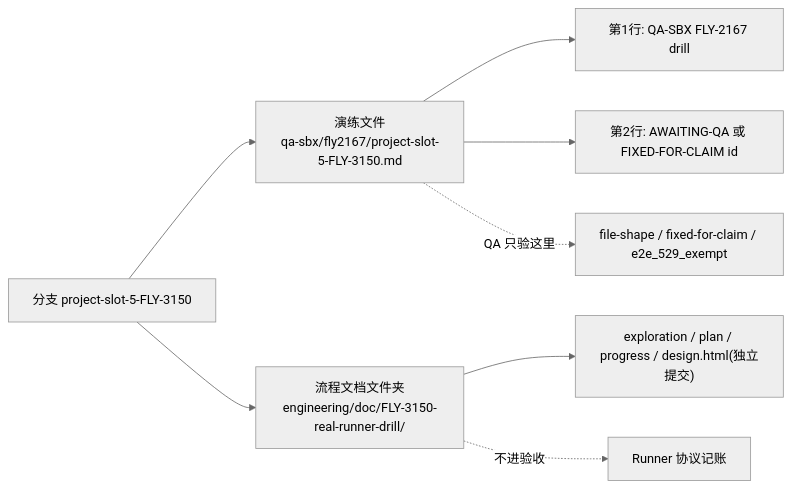
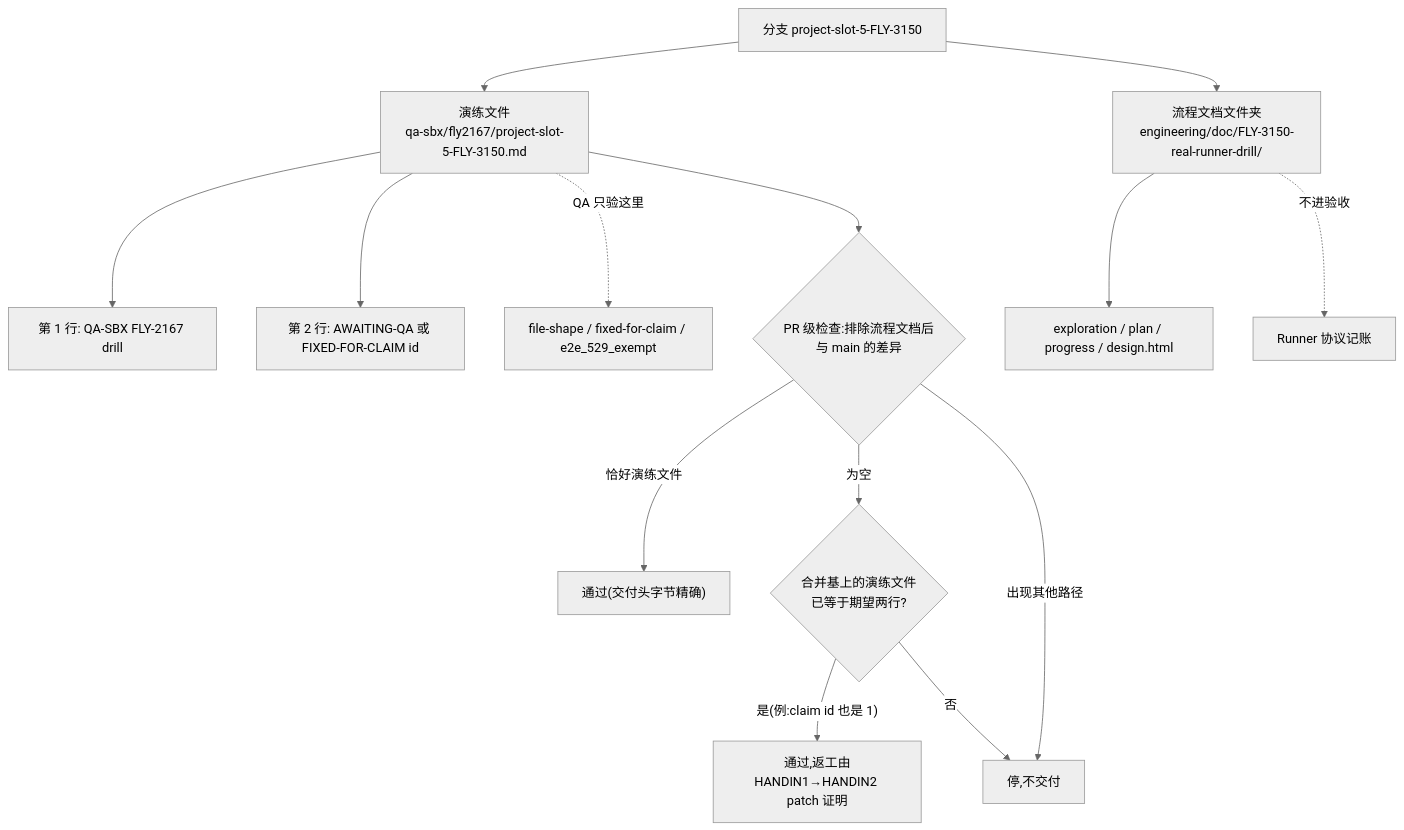
The diagram in engineering/doc/FLY-3150-real-runner-drill/d2-data-model.mmd (xrliAnnie/flywheel-qa-sandbox), drawn with Mermaid (neutral theme) before and after one commit. The commit also changed 4 other files, not shown here.

Commit message:
docs(qa-sbx): FLY-3150 founder design HTML for run 417f5fe4

```diff
--- a/engineering/doc/FLY-3150-real-runner-drill/d2-data-model.mmd
+++ b/engineering/doc/FLY-3150-real-runner-drill/d2-data-model.mmd
@@ -1,8 +1,14 @@
-flowchart LR
+flowchart TD
     B["分支 project-slot-5-FLY-3150"] --> T["演练文件<br/>qa-sbx/fly2167/project-slot-5-FLY-3150.md"]
     B --> P["流程文档文件夹<br/>engineering/doc/FLY-3150-real-runner-drill/"]
-    T --> L1["第1行: QA-SBX FLY-2167 drill"]
-    T --> L2["第2行: AWAITING-QA 或 FIXED-FOR-CLAIM id"]
-    P --> X["exploration / plan / progress / design.html(独立提交)"]
+    T --> L1["第 1 行: QA-SBX FLY-2167 drill"]
+    T --> L2["第 2 行: AWAITING-QA 或 FIXED-FOR-CLAIM id"]
+    P --> X["exploration / plan / progress / design.html"]
     T -. "QA 只验这里" .-> C["file-shape / fixed-for-claim / e2e_529_exempt"]
     P -. "不进验收" .-> N["Runner 协议记账"]
+    T --> A{"PR 级检查:排除流程文档后<br/>与 main 的差异"}
+    A -- "恰好演练文件" --> OK1["通过(交付头字节精确)"]
+    A -- "为空" --> E{"合并基上的演练文件<br/>已等于期望两行?"}
+    E -- "是(例:claim id 也是 1)" --> OK2["通过,返工由<br/>HANDIN1→HANDIN2 patch 证明"]
+    E -- "否" --> STOP["停,不交付"]
+    A -- "出现其他路径" --> STOP
```
